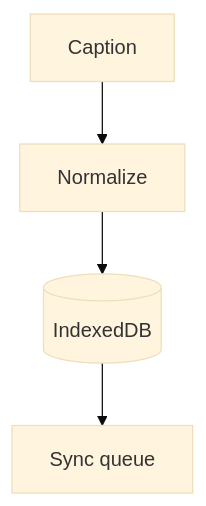
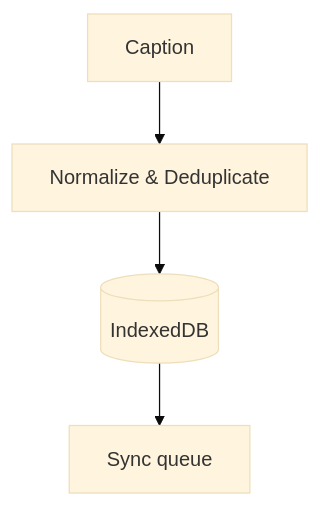
Before and after one commit to trinhdamhuy/meet-transcript-saver: the third of 6 diagrams in docs/requirements.md, drawn with Mermaid (base theme). The commit also changed other lines of this file and 17 other files, not shown here.

````diff
--- a/docs/requirements.md
+++ b/docs/requirements.md
@@ -220,6 +250,6 @@
 ```mermaid
 flowchart TD
-    A[Caption] --> B[Normalize]
+    A[Caption] --> B[Normalize & Deduplicate]
     B --> C[(IndexedDB)]
     C --> D[Sync queue]
 ```
````
